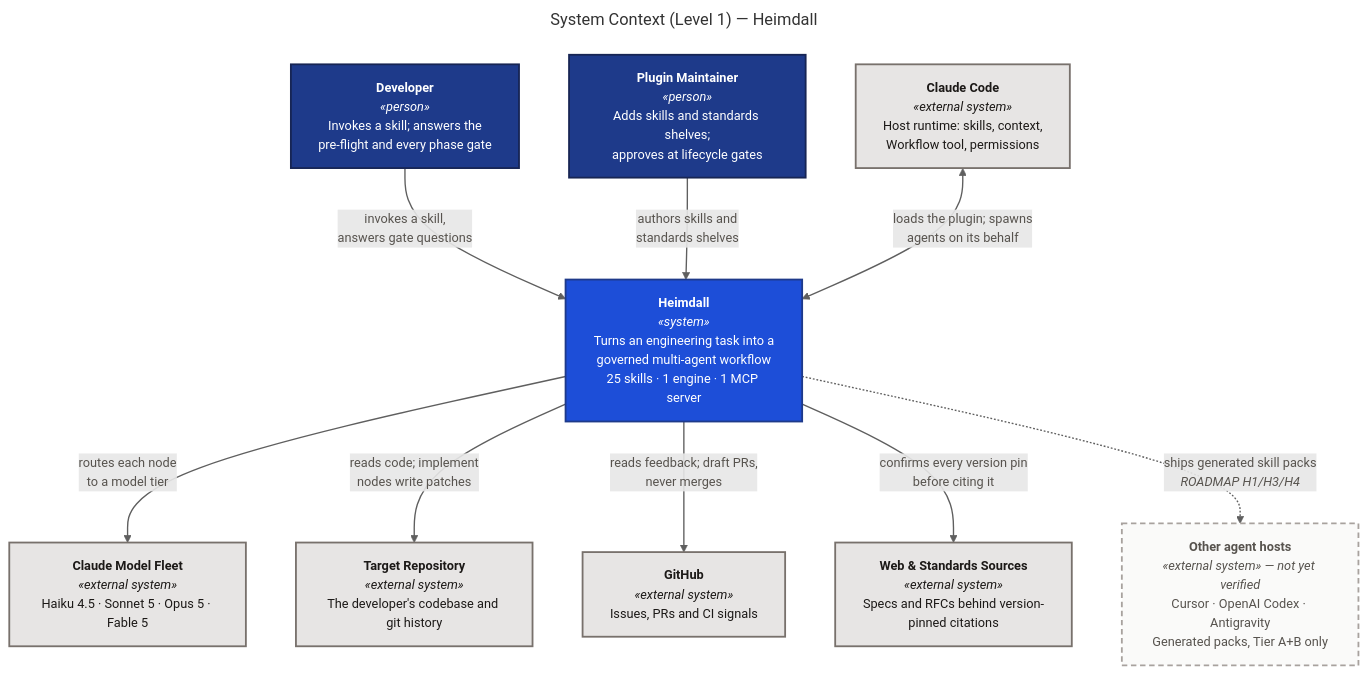
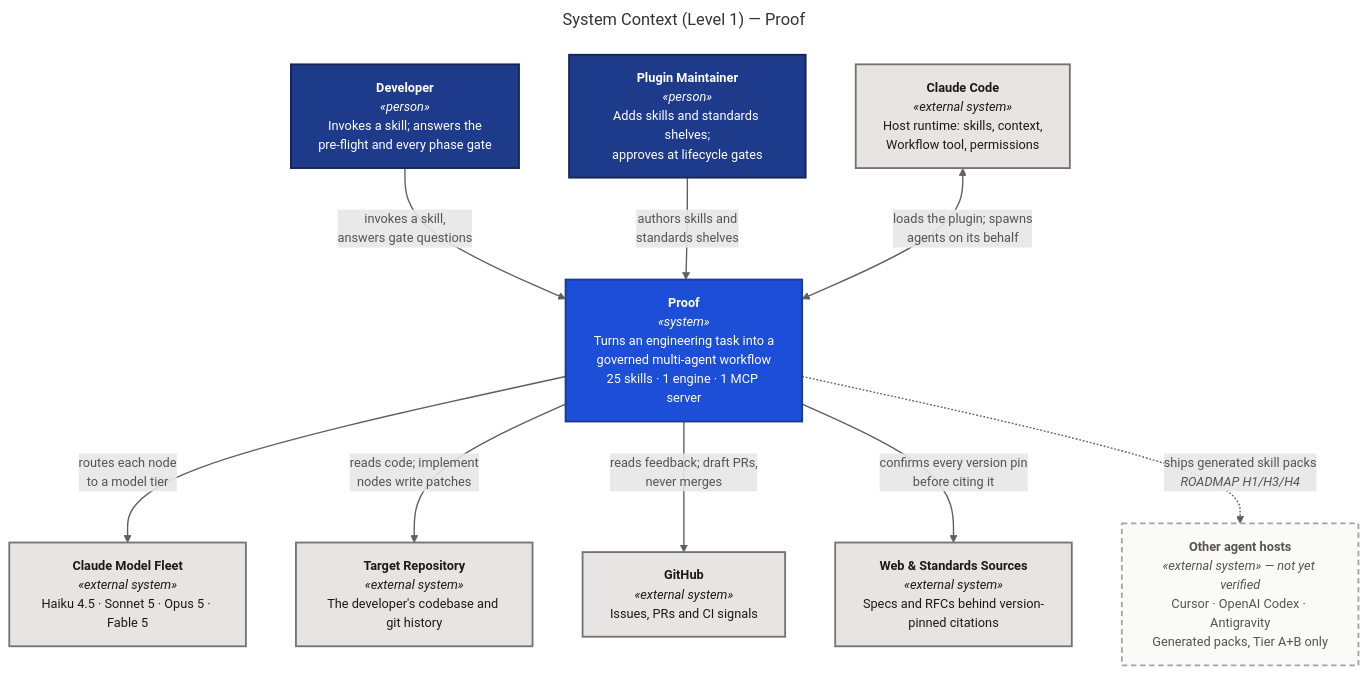
The diagram in docs/c4/diagrams/src/context.mmd (santapong/Proof), drawn with Mermaid before and after one commit. The commit also changed 47 other files, not shown here.

First line of the commit message:
chore(rename): Heimdall -> Proof

```diff
--- a/docs/c4/diagrams/src/context.mmd
+++ b/docs/c4/diagrams/src/context.mmd
@@ -1,35 +1,35 @@
 ---
-title: "System Context (Level 1) — Heimdall"
+title: "System Context (Level 1) — Proof"
 ---
 %%{init: {"flowchart": {"curve": "basis", "nodeSpacing": 55, "rankSpacing": 70}, "themeVariables": {"fontFamily": "Segoe UI, Helvetica, Arial, sans-serif", "fontSize": "14px"}}}%%
 flowchart TB
     dev["<b>Developer</b><br/><i>«person»</i><br/>Invokes a skill; answers the<br/>pre-flight and every phase gate"]
     maint["<b>Plugin Maintainer</b><br/><i>«person»</i><br/>Adds skills and standards shelves;<br/>approves at lifecycle gates"]
 
-    heimdall["<b>Heimdall</b><br/><i>«system»</i><br/>Turns an engineering task into a<br/>governed multi-agent workflow<br/>25 skills · 1 engine · 1 MCP server"]
+    proof["<b>Proof</b><br/><i>«system»</i><br/>Turns an engineering task into a<br/>governed multi-agent workflow<br/>25 skills · 1 engine · 1 MCP server"]
 
     cc["<b>Claude Code</b><br/><i>«external system»</i><br/>Host runtime: skills, context,<br/>Workflow tool, permissions"]
     fleet["<b>Claude Model Fleet</b><br/><i>«external system»</i><br/>Haiku 4.5 · Sonnet 5 · Opus 5 · Fable 5"]
     repo["<b>Target Repository</b><br/><i>«external system»</i><br/>The developer's codebase and git history"]
     forge["<b>GitHub</b><br/><i>«external system»</i><br/>Issues, PRs and CI signals"]
     web["<b>Web &amp; Standards Sources</b><br/><i>«external system»</i><br/>Specs and RFCs behind version-pinned citations"]
     hosts["<b>Other agent hosts</b><br/><i>«external system» — not yet verified</i><br/>Cursor · OpenAI Codex · Antigravity<br/>Generated packs, Tier A+B only"]
 
-    dev -- "invokes a skill,<br/>answers gate questions" --> heimdall
-    maint -- "authors skills and<br/>standards shelves" --> heimdall
-    cc <-- "loads the plugin; spawns<br/>agents on its behalf" --> heimdall
-    heimdall -- "routes each node<br/>to a model tier" --> fleet
-    heimdall -- "reads code; implement<br/>nodes write patches" --> repo
-    heimdall -- "reads feedback; draft PRs,<br/>never merges" --> forge
-    heimdall -- "confirms every version pin<br/>before citing it" --> web
-    heimdall -. "ships generated skill packs<br/><i>ROADMAP H1/H3/H4</i>" .-> hosts
+    dev -- "invokes a skill,<br/>answers gate questions" --> proof
+    maint -- "authors skills and<br/>standards shelves" --> proof
+    cc <-- "loads the plugin; spawns<br/>agents on its behalf" --> proof
+    proof -- "routes each node<br/>to a model tier" --> fleet
+    proof -- "reads code; implement<br/>nodes write patches" --> repo
+    proof -- "reads feedback; draft PRs,<br/>never merges" --> forge
+    proof -- "confirms every version pin<br/>before citing it" --> web
+    proof -. "ships generated skill packs<br/><i>ROADMAP H1/H3/H4</i>" .-> hosts
 
     classDef person fill:#1E3A8A,stroke:#172554,stroke-width:2px,color:#fff
     classDef system fill:#1D4ED8,stroke:#1E3A8A,stroke-width:2px,color:#fff
     classDef ext fill:#E7E5E4,stroke:#78716C,stroke-width:2px,color:#1C1917
     classDef planned fill:#FAFAF9,stroke:#A8A29E,stroke-width:2px,stroke-dasharray:6 4,color:#57534E
     class dev,maint person
-    class heimdall system
+    class proof system
     class cc,fleet,repo,forge,web ext
     class hosts planned
     linkStyle default stroke:#5F5F5F,stroke-width:1.5px,color:#57534E
```
